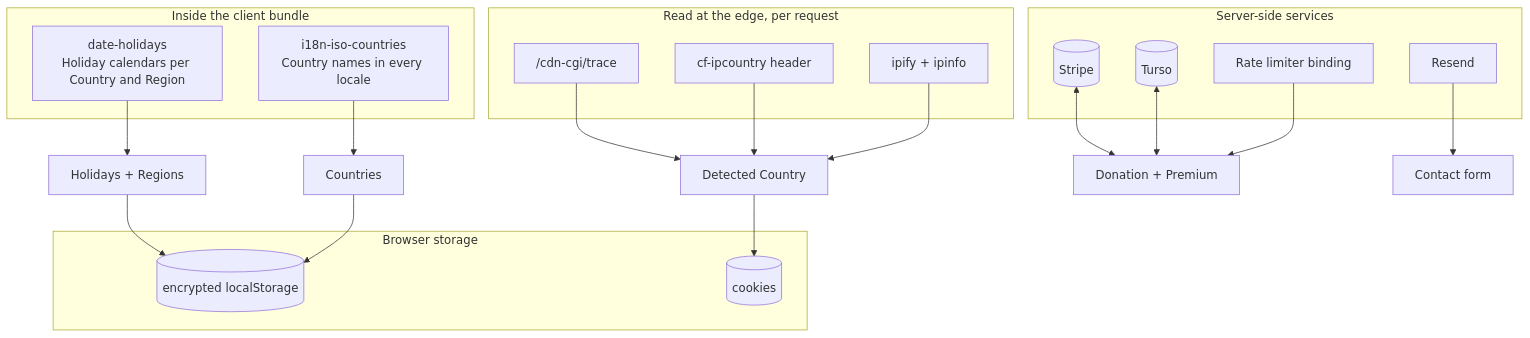
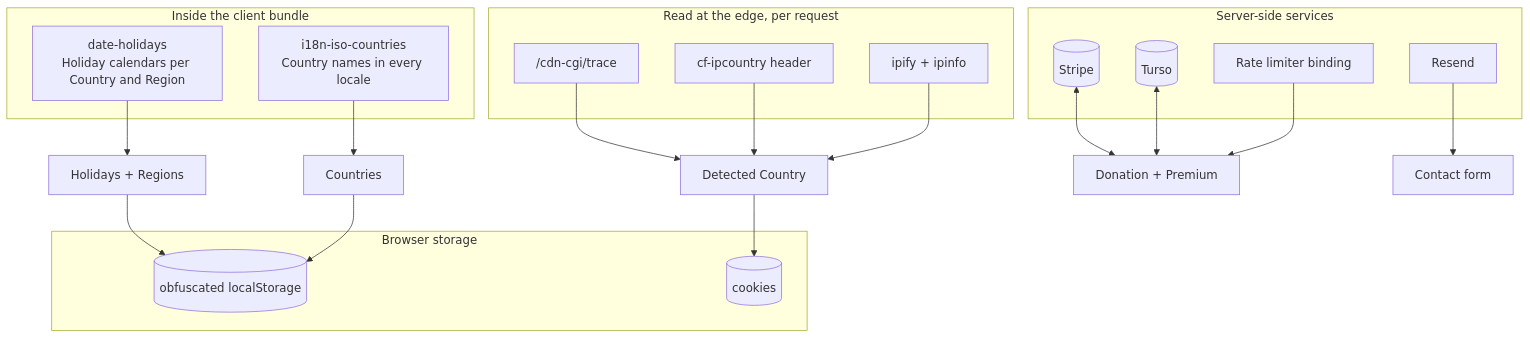
The diagram in apps/docs/src/content/docs/how-it-works/data-sources.mdx (fbuireu/forever-pto), drawn with Mermaid before and after one commit. The commit also changed other lines of this file and 30 other files, not shown here.

````diff
--- a/apps/docs/src/content/docs/how-it-works/data-sources.mdx
+++ b/apps/docs/src/content/docs/how-it-works/data-sources.mdx
@@ -12,31 +12,31 @@
 ```mermaid
 flowchart TB
   subgraph bundle [Inside the client bundle]
     DH[date-holidays<br/>Holiday calendars per Country and Region]
     ISO[i18n-iso-countries<br/>Country names in every locale]
   end
   subgraph edge [Read at the edge, per request]
     TRACE["/cdn-cgi/trace"]
     HDR[cf-ipcountry header]
     IPAPI[ipify + ipinfo]
   end
   subgraph browser [Browser storage]
-    LS[(encrypted localStorage)]
+    LS[(obfuscated localStorage)]
     CK[(cookies)]
   end
   subgraph server [Server-side services]
     STRIPE[(Stripe)]
     TURSO[(Turso)]
     RESEND[Resend]
     RL[Rate limiter binding]
   end
   DH --> HOL[Holidays + Regions]
   ISO --> CTRY[Countries]
   TRACE & HDR & IPAPI --> LOC[Detected Country]
   LOC --> CK
   HOL & CTRY --> LS
   STRIPE <--> PAY[Donation + Premium]
   TURSO <--> PAY
   RL --> PAY
   RESEND --> MAIL[Contact form]
 ```
````
